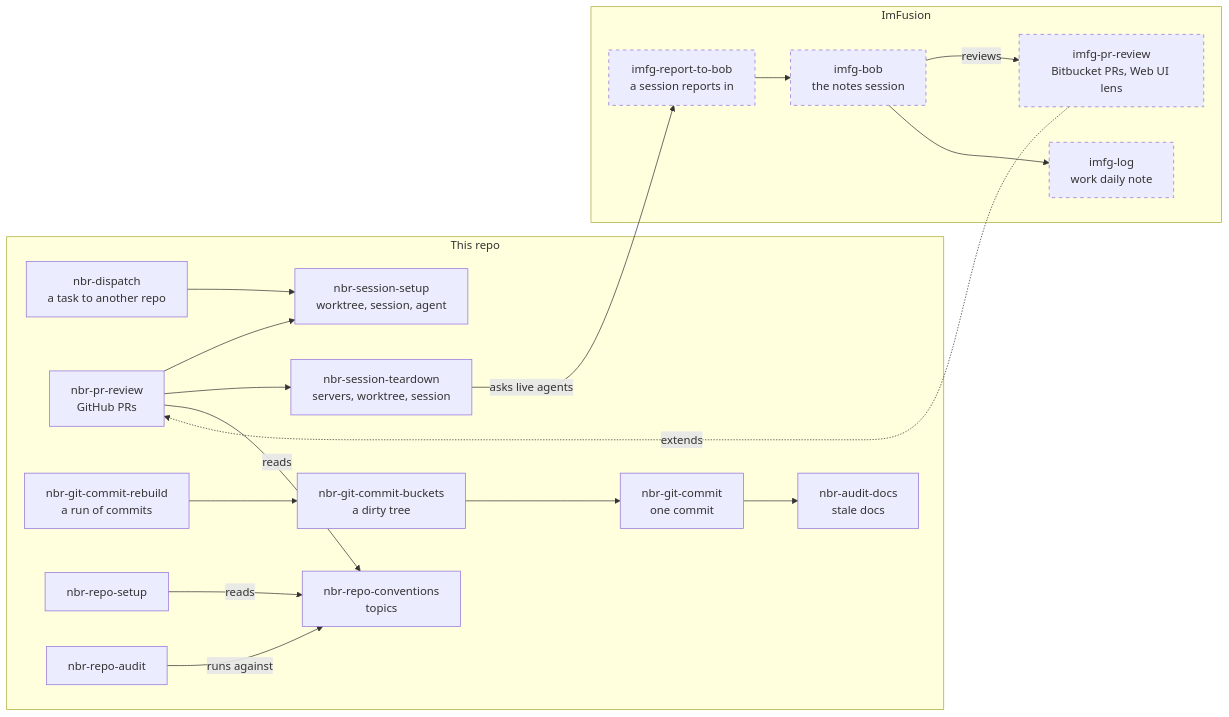
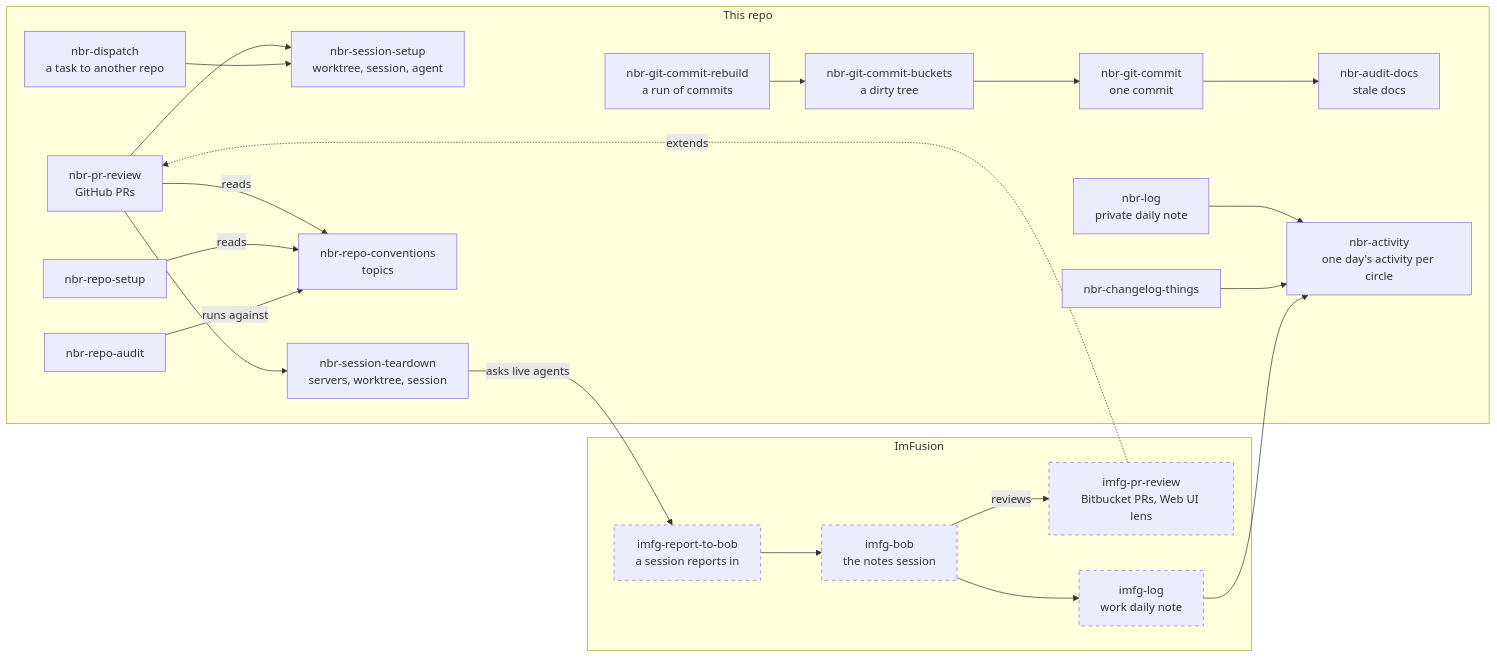
One commit to nikbrunner/skills changed the diagram in README.md. Above: the diagram before and after it, drawn with Mermaid. The commit also changed other lines of this file, not shown here.

Commit message:
add the activity and log skills to the README map and tables

````diff
--- a/README.md
+++ b/README.md
@@ -58,36 +58,42 @@
 ```mermaid
 flowchart LR
   subgraph user["This repo"]
     dispatch["nbr-dispatch<br/>a task to another repo"]
     review["nbr-pr-review<br/>GitHub PRs"]
     setup["nbr-session-setup<br/>worktree, session, agent"]
     teardown["nbr-session-teardown<br/>servers, worktree, session"]
     commit["nbr-git-commit<br/>one commit"]
     buckets["nbr-git-commit-buckets<br/>a dirty tree"]
     rebuild["nbr-git-commit-rebuild<br/>a run of commits"]
     audit["nbr-audit-docs<br/>stale docs"]
     conventions["nbr-repo-conventions<br/>topics"]
     rsetup["nbr-repo-setup"]
     raudit["nbr-repo-audit"]
+    activity["nbr-activity<br/>one day's activity per circle"]
+    nlog["nbr-log<br/>private daily note"]
+    things["nbr-changelog-things"]
   end
   subgraph imf["ImFusion"]
     bob["imfg-bob<br/>the notes session"]
     report["imfg-report-to-bob<br/>a session reports in"]
     ireview["imfg-pr-review<br/>Bitbucket PRs, Web UI lens"]
     log["imfg-log<br/>work daily note"]
   end
   ireview -. extends .-> review
   bob -- reviews --> ireview
   bob --> log
   report --> bob
   review --> setup
   review --> teardown
   dispatch --> setup
   teardown -- asks live agents --> report
   review -- reads --> conventions
   rebuild --> buckets --> commit --> audit
   rsetup -- reads --> conventions
   raudit -- runs against --> conventions
+  nlog --> activity
+  things --> activity
+  log --> activity
   classDef imfusion stroke-dasharray: 5 5
   class bob,report,ireview,log imfusion
 ```
````
